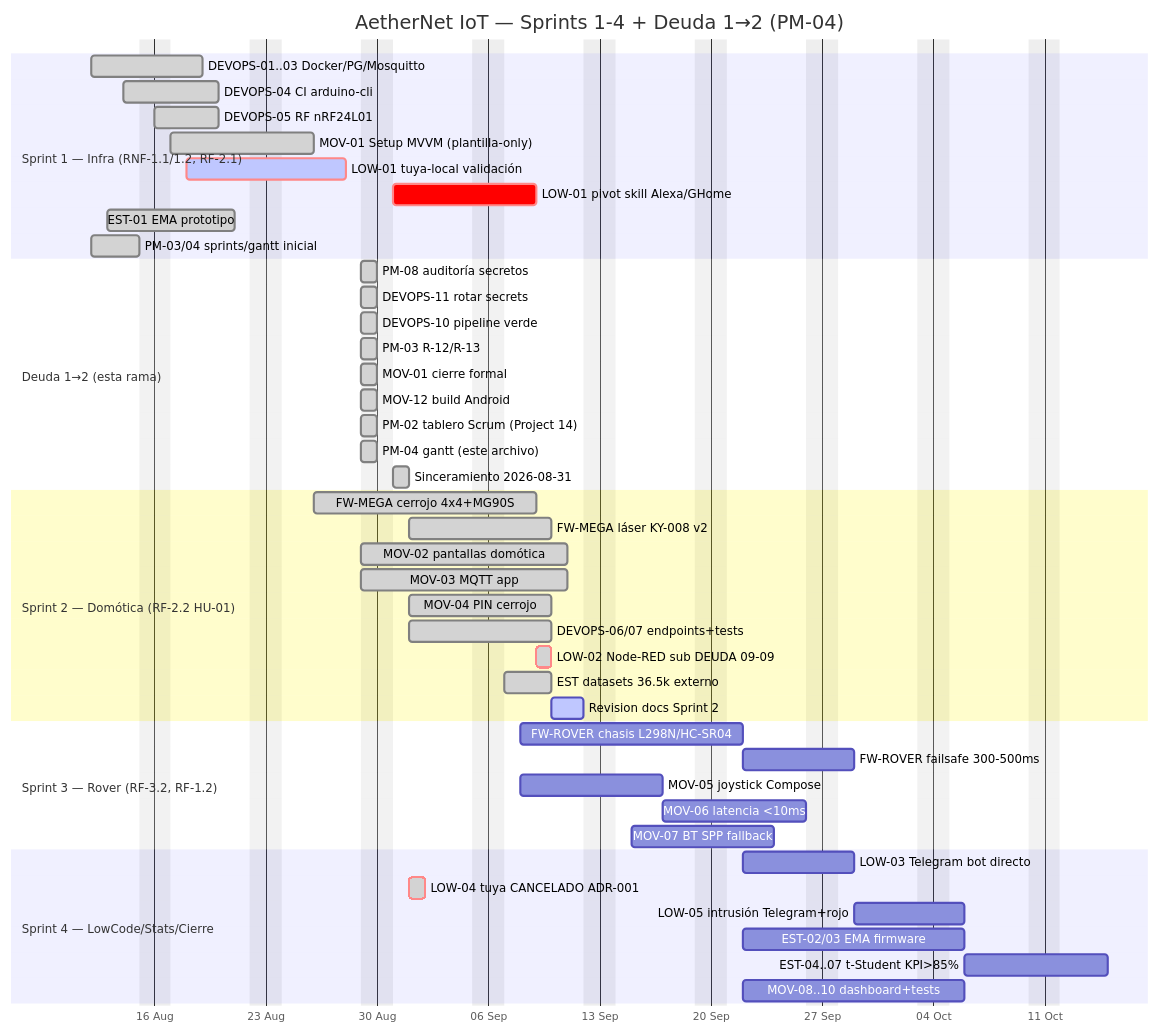
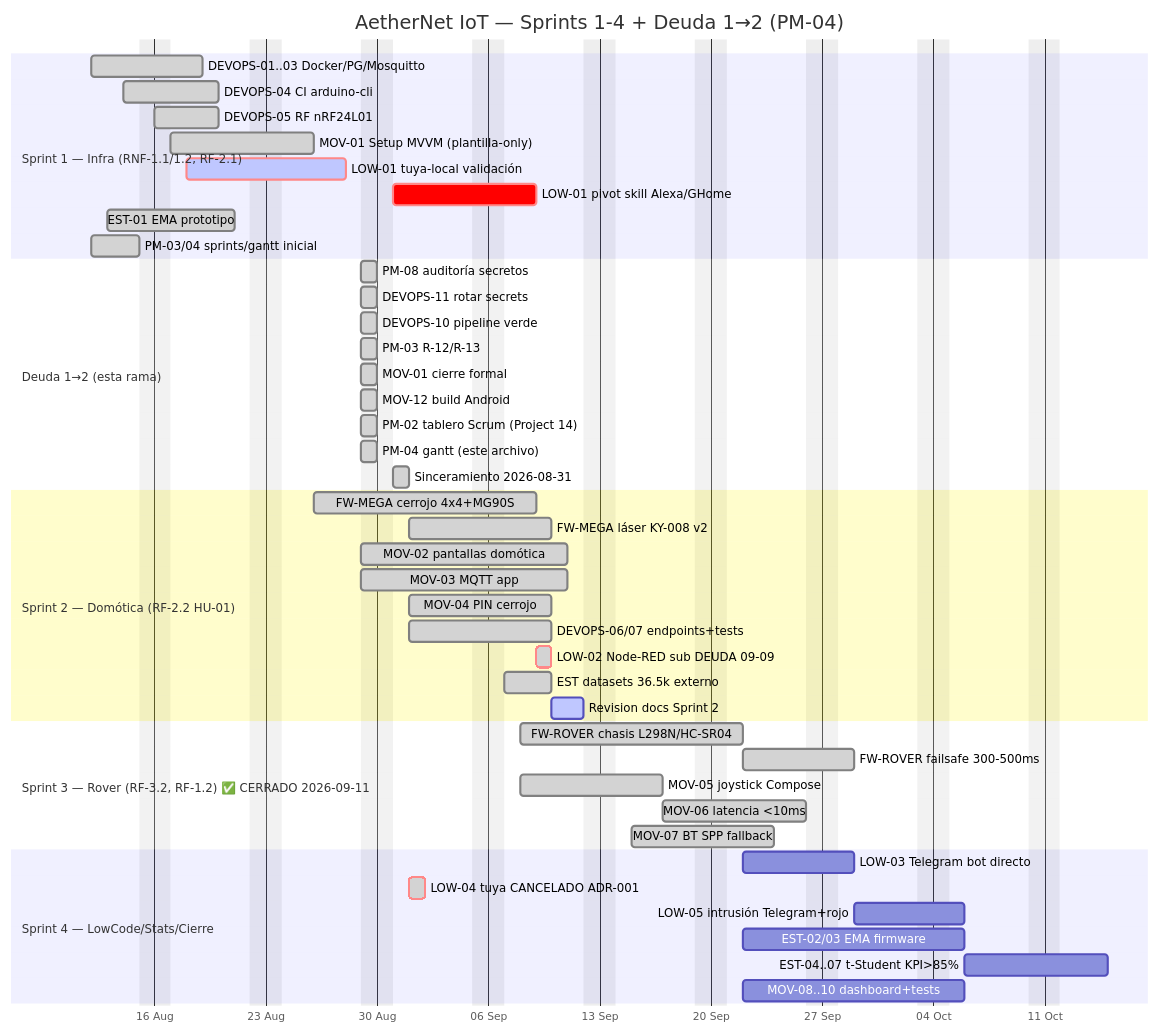
The diagram in docs/gantt.md (Craos6518/AetherNet-IoT-Autonomous-Rover), drawn with Mermaid before and after one commit. The commit also changed other lines of this file and 2 other files, not shown here.

Commit message:
docs(sprint3): cierre Sprint 3 Rover & Telemetria — MOV-05/06/07 Done + FW-ROVER (RF-3.2/RF-1.2/RF-1.3)
- backlog.md: MOV-05 joystick virtual, MOV-06 latencia <10ms, MOV-07 BT SPP → ✅ Done 2026-09-11
- sprints.md: Sprint 3 ✅ CERRADO 2026-09-11, Estado actual → Sprint 4 activo, historial actualizado
- gantt.md: Sprint 3 tasks → done, hito 2026-09-11

Refs: RF-1.2, RF-1.3, RF-3.2, HU-03/04

````diff
--- a/docs/gantt.md
+++ b/docs/gantt.md
@@ -7,54 +7,54 @@
 ```mermaid
 gantt
     title AetherNet IoT — Sprints 1-4 + Deuda 1→2 (PM-04)
     dateFormat  YYYY-MM-DD
     axisFormat  %d %b
     excludes    weekends
 
     section Sprint 1 — Infra (RNF-1.1/1.2, RF-2.1)
     DEVOPS-01..03 Docker/PG/Mosquitto   :done,  s1a, 2026-08-12, 5d
     DEVOPS-04 CI arduino-cli            :done,  s1b, 2026-08-14, 4d
     DEVOPS-05 RF nRF24L01                :done,  s1c, 2026-08-16, 4d
     MOV-01 Setup MVVM (plantilla-only)   :done,  s1d, 2026-08-17, 7d
     LOW-01 tuya-local validación         :crit, active, s1e, 2026-08-18, 8d
     LOW-01 pivot skill Alexa/GHome      :crit, s1e2, 2026-08-31, 7d
     EST-01 EMA prototipo                 :done,  s1f, 2026-08-13, 6d
     PM-03/04 sprints/gantt inicial      :done,  s1g, 2026-08-12, 3d
 
     section Deuda 1→2 (esta rama)
     PM-08 auditoría secretos            :done,  d1, 2026-08-29, 1d
     DEVOPS-11 rotar secrets             :done,  d2, 2026-08-29, 1d
     DEVOPS-10 pipeline verde            :done,  d3, 2026-08-29, 1d
     PM-03 R-12/R-13                     :done,  d4, 2026-08-29, 1d
     MOV-01 cierre formal                :done,  d5, 2026-08-29, 1d
     MOV-12 build Android                :done,  d6, 2026-08-29, 1d
     PM-02 tablero Scrum (Project 14)    :done,  d7, 2026-08-29, 1d
     PM-04 gantt (este archivo)          :done,  d8, 2026-08-29, 1d
     Sinceramiento 2026-08-31             :done,  d9, 2026-08-31, 1d
 
     section Sprint 2 — Domótica (RF-2.2 HU-01)
     FW-MEGA cerrojo 4x4+MG90S            :done, s2a, 2026-08-26, 10d
     FW-MEGA láser KY-008 v2             :done, s2b, 2026-09-01, 7d
     MOV-02 pantallas domótica            :done, s2c, 2026-08-29, 10d
     MOV-03 MQTT app                      :done, s2d, 2026-08-29, 10d
     MOV-04 PIN cerrojo                   :done, s2e, 2026-09-01, 7d
     DEVOPS-06/07 endpoints+tests         :done, s2f, 2026-09-01, 7d
     LOW-02 Node-RED sub DEUDA 09-09     :crit, done, s2g, 2026-09-09, 1d
     EST datasets 36.5k externo           :done, s2h, 2026-09-07, 3d
     Revision docs Sprint 2               :active, s2i, 2026-09-10, 2d
 
-    section Sprint 3 — Rover (RF-3.2, RF-1.2)
-    FW-ROVER chasis L298N/HC-SR04        :       s3a, 2026-09-08, 10d
-    FW-ROVER failsafe 300-500ms          :       s3b, after s3a, 5d
-    MOV-05 joystick Compose               :       s3c, 2026-09-08, 7d
-    MOV-06 latencia <10ms                :       s3d, after s3c, 7d
-    MOV-07 BT SPP fallback               :       s3e, 2026-09-15, 7d
+    section Sprint 3 — Rover (RF-3.2, RF-1.2) ✅ CERRADO 2026-09-11
+    FW-ROVER chasis L298N/HC-SR04        :done,  s3a, 2026-09-08, 10d
+    FW-ROVER failsafe 300-500ms          :done,  s3b, after s3a, 5d
+    MOV-05 joystick Compose               :done,  s3c, 2026-09-08, 7d
+    MOV-06 latencia <10ms                :done,  s3d, after s3c, 7d
+    MOV-07 BT SPP fallback               :done,  s3e, 2026-09-15, 7d
 
     section Sprint 4 — LowCode/Stats/Cierre
     LOW-03 Telegram bot directo          :       s4a, 2026-09-22, 5d
     LOW-04 tuya CANCELADO ADR-001        :crit, done, s4b, 2026-09-01, 1d
     LOW-05 intrusión Telegram+rojo       :       s4c, after s4a, 5d
     EST-02/03 EMA firmware               :       s4d, 2026-09-22, 10d
     EST-04..07 t-Student KPI>85%         :       s4e, after s4d, 7d
     MOV-08..10 dashboard+tests           :       s4f, 2026-09-22, 10d
 ```
````
